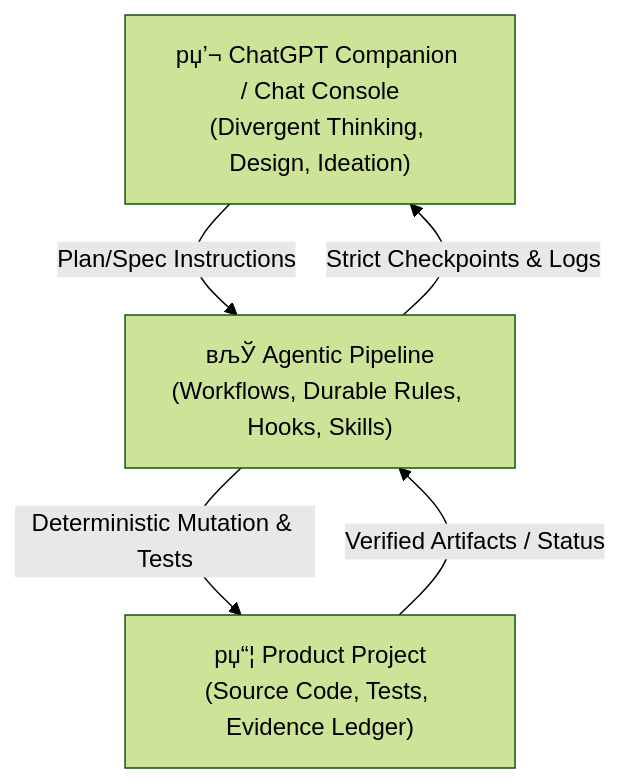
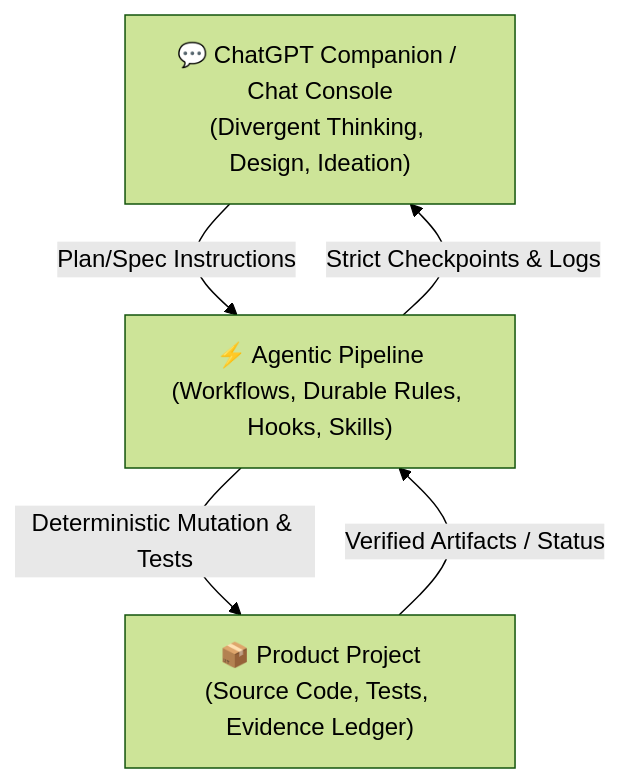
The diagram in README.md (0xAgentive/agentic-pipeline), drawn with Mermaid (forest theme) before and after one commit. The commit also changed other lines of this file and 5 other files, not shown here.

````diff
--- a/README.md
+++ b/README.md
@@ -31,8 +31,8 @@
 ```mermaid
 graph TD
-    A["рџ’¬ ChatGPT Companion / Chat Console<br>(Divergent Thinking, Design, Ideation)"]
-    -->|Plan/Spec Instructions| B["вљЎ Agentic Pipeline<br>(Workflows, Durable Rules, Hooks, Skills)"]
-    B -->|Deterministic Mutation & Tests| C["рџ“¦ Product Project<br>(Source Code, Tests, Evidence Ledger)"]
+    A["💬 ChatGPT Companion / Chat Console<br>(Divergent Thinking, Design, Ideation)"]
+    -->|Plan/Spec Instructions| B["⚡ Agentic Pipeline<br>(Workflows, Durable Rules, Hooks, Skills)"]
+    B -->|Deterministic Mutation & Tests| C["📦 Product Project<br>(Source Code, Tests, Evidence Ledger)"]
     C -->|Verified Artifacts / Status| B
     B -->|Strict Checkpoints & Logs| A
 ```
````
